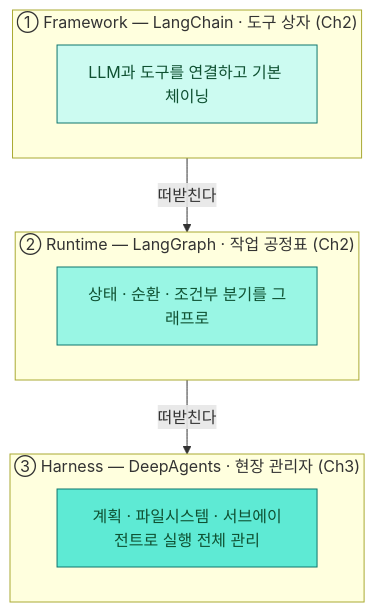
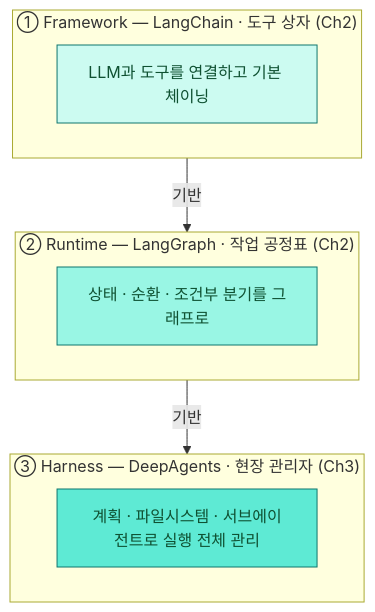
One commit to Yo-sure/deepagents-handson changed the sixth of 6 diagrams in books/md/Chapter 1. Kick-off & Agent 패러다임.md. Above: the diagram before and after it, drawn with Mermaid. The commit also changed other lines of this file and 6 other files, not shown here.

````diff
--- a/books/md/Chapter 1. Kick-off & Agent 패러다임.md
+++ b/books/md/Chapter 1. Kick-off & Agent 패러다임.md
@@ -473,19 +473,19 @@
 ```mermaid
 flowchart TB
   subgraph L3 ["③ Harness — DeepAgents · 현장 관리자 (Ch3)"]
     H["계획 · 파일시스템 · 서브에이전트로 실행 전체 관리"]
   end
   subgraph L2 ["② Runtime — LangGraph · 작업 공정표 (Ch2)"]
     R["상태 · 순환 · 조건부 분기를 그래프로"]
   end
   subgraph L1 ["① Framework — LangChain · 도구 상자 (Ch2)"]
     F["LLM과 도구를 연결하고 기본 체이닝"]
   end
-  L1 -->|떠받친다| L2 -->|떠받친다| L3
+  L1 -->|기반| L2 -->|기반| L3
   classDef harness fill:#5eead4,stroke:#0f766e,color:#0f5132;
   classDef run fill:#99f6e4,stroke:#0f766e,color:#0f5132;
   classDef fw fill:#ccfbf1,stroke:#0f766e,color:#0f5132;
   class H harness;
   class R run;
   class F fw;
 ```
````
